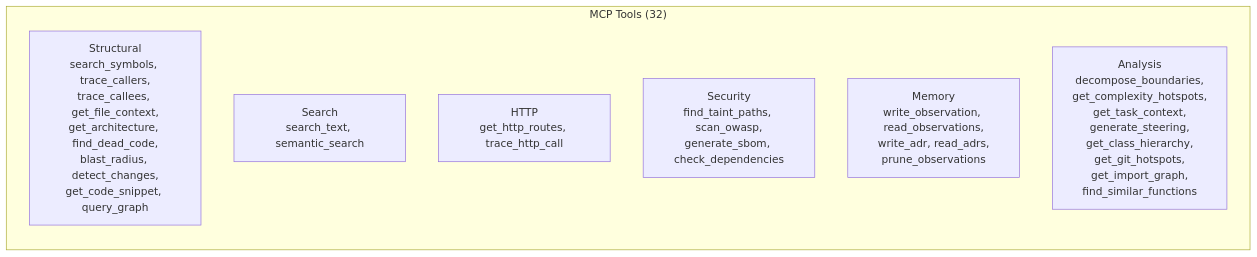
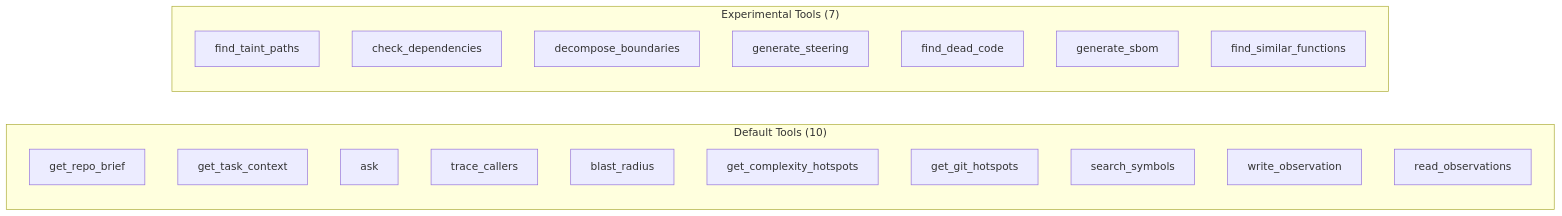
Before and after one commit to 1337Xcode/cortex: the fourth of 6 diagrams in docs/architecture.md, drawn with Mermaid. The commit also changed other lines of this file and 81 other files, not shown here.

Commit message:
feat: v1.1.0 - SCIP ingestion, confidence edges, framework adapters, health gate, token savings baseline, repo brief

````diff
--- a/docs/architecture.md
+++ b/docs/architecture.md
@@ -89,12 +168,26 @@
 ```mermaid
 flowchart LR
-    subgraph "MCP Tools (32)"
+    subgraph "Default Tools (10)"
         direction TB
-        Structural[Structural<br/>search_symbols, trace_callers,<br/>trace_callees, get_file_context,<br/>get_architecture, find_dead_code,<br/>blast_radius, detect_changes,<br/>get_code_snippet, query_graph]
-        Search[Search<br/>search_text, semantic_search]
-        HTTP[HTTP<br/>get_http_routes, trace_http_call]
-        Security[Security<br/>find_taint_paths, scan_owasp,<br/>generate_sbom, check_dependencies]
-        Memory[Memory<br/>write_observation, read_observations,<br/>write_adr, read_adrs,<br/>prune_observations]
-        Analysis[Analysis<br/>decompose_boundaries,<br/>get_complexity_hotspots,<br/>get_task_context,<br/>generate_steering,<br/>get_class_hierarchy,<br/>get_git_hotspots,<br/>get_import_graph,<br/>find_similar_functions]
+        D1[get_repo_brief]
+        D2[get_task_context]
+        D3[ask]
+        D4[trace_callers]
+        D5[blast_radius]
+        D6[get_complexity_hotspots]
+        D7[get_git_hotspots]
+        D8[search_symbols]
+        D9[write_observation]
+        D10[read_observations]
+    end
+    subgraph "Experimental Tools (7)"
+        direction TB
+        E1[find_taint_paths]
+        E2[check_dependencies]
+        E3[decompose_boundaries]
+        E4[generate_steering]
+        E5[find_dead_code]
+        E6[generate_sbom]
+        E7[find_similar_functions]
     end
 ```
````
